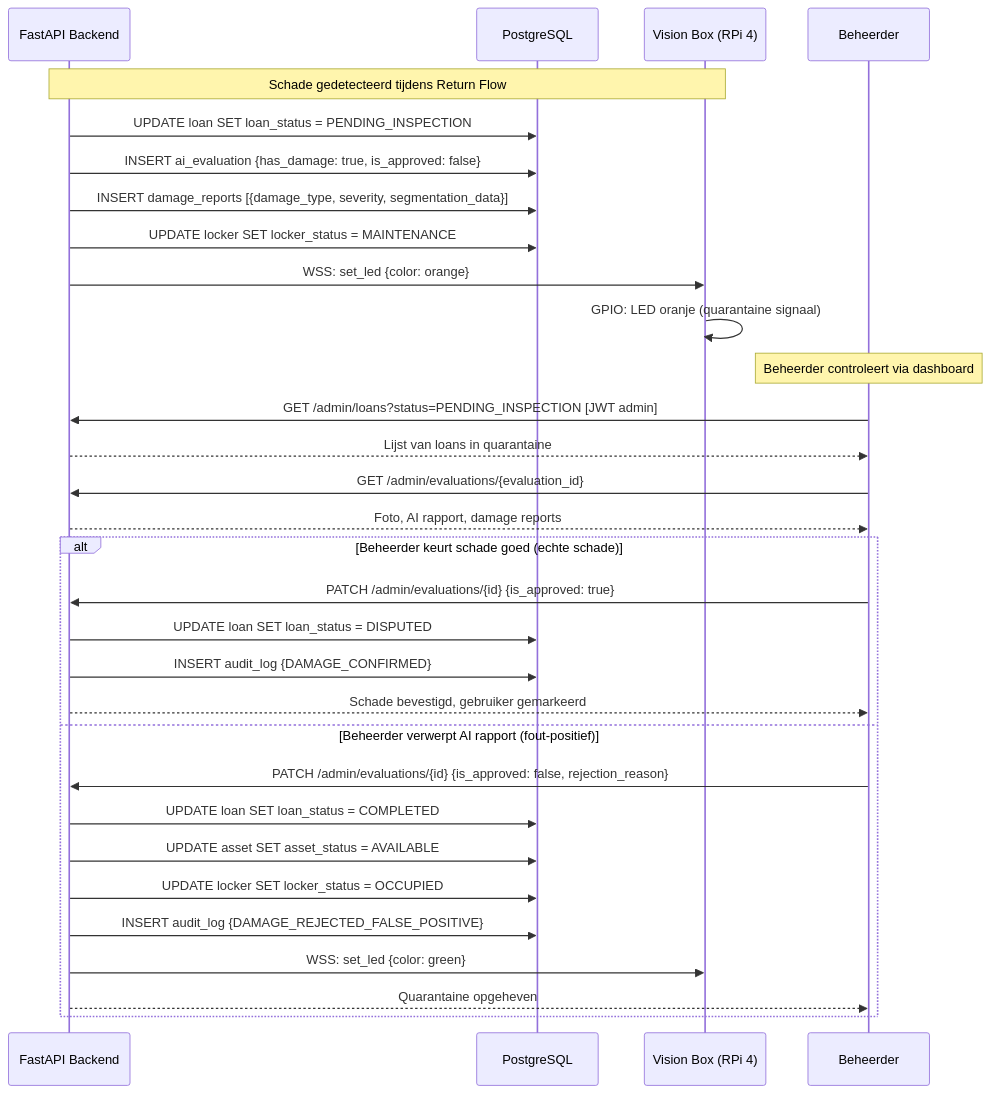
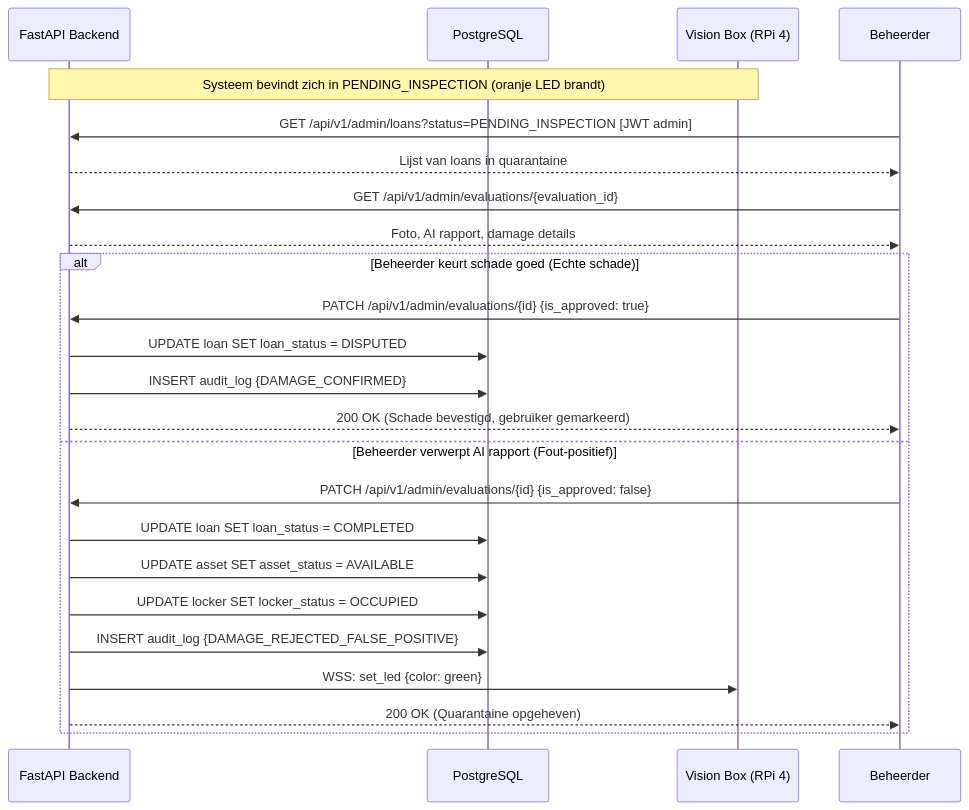
One commit to easylend-practice-enterprise/easylend changed the fourth of 4 diagrams in docs/workflows.md. Above: the diagram before and after it, drawn with Mermaid. The commit also changed other lines of this file and 4 other files, not shown here.

Commit message:
docs: align architecture.md logical topology with REST polling strategy

````diff
--- a/docs/workflows.md
+++ b/docs/workflows.md
@@ -188,40 +198,31 @@
 ```mermaid
 sequenceDiagram
     participant API as FastAPI Backend
     participant DB as PostgreSQL
     participant VB as Vision Box (RPi 4)
     participant Admin as Beheerder
 
-    Note over API,VB: Schade gedetecteerd tijdens Return Flow
+    Note over API,VB: Systeem bevindt zich in PENDING_INSPECTION (oranje LED brandt)
 
-    API->>DB: UPDATE loan SET loan_status = PENDING_INSPECTION
-    API->>DB: INSERT ai_evaluation {has_damage: true, is_approved: false}
-    API->>DB: INSERT damage_reports [{damage_type, severity, segmentation_data}]
-    API->>DB: UPDATE locker SET locker_status = MAINTENANCE
-
-    API->>VB: WSS: set_led {color: orange}
-    VB->>VB: GPIO: LED oranje (quarantaine signaal)
-
-    Note over Admin: Beheerder controleert via dashboard
-
-    Admin->>API: GET /admin/loans?status=PENDING_INSPECTION [JWT admin]
+    Admin->>API: GET /api/v1/admin/loans?status=PENDING_INSPECTION [JWT admin]
     API-->>Admin: Lijst van loans in quarantaine
 
-    Admin->>API: GET /admin/evaluations/{evaluation_id}
-    API-->>Admin: Foto, AI rapport, damage reports
+    Admin->>API: GET /api/v1/admin/evaluations/{evaluation_id}
+    API-->>Admin: Foto, AI rapport, damage details
 
-    alt Beheerder keurt schade goed (echte schade)
-        Admin->>API: PATCH /admin/evaluations/{id} {is_approved: true}
+    alt Beheerder keurt schade goed (Echte schade)
+        Admin->>API: PATCH /api/v1/admin/evaluations/{id} {is_approved: true}
         API->>DB: UPDATE loan SET loan_status = DISPUTED
         API->>DB: INSERT audit_log {DAMAGE_CONFIRMED}
-        API-->>Admin: Schade bevestigd, gebruiker gemarkeerd
-    else Beheerder verwerpt AI rapport (fout-positief)
-        Admin->>API: PATCH /admin/evaluations/{id} {is_approved: false, rejection_reason}
+        API-->>Admin: 200 OK (Schade bevestigd, gebruiker gemarkeerd)
+    else Beheerder verwerpt AI rapport (Fout-positief)
+        Admin->>API: PATCH /api/v1/admin/evaluations/{id} {is_approved: false}
         API->>DB: UPDATE loan SET loan_status = COMPLETED
         API->>DB: UPDATE asset SET asset_status = AVAILABLE
         API->>DB: UPDATE locker SET locker_status = OCCUPIED
         API->>DB: INSERT audit_log {DAMAGE_REJECTED_FALSE_POSITIVE}
         API->>VB: WSS: set_led {color: green}
-        API-->>Admin: Quarantaine opgeheven
+        API-->>Admin: 200 OK (Quarantaine opgeheven)
     end
+
 ```
````
